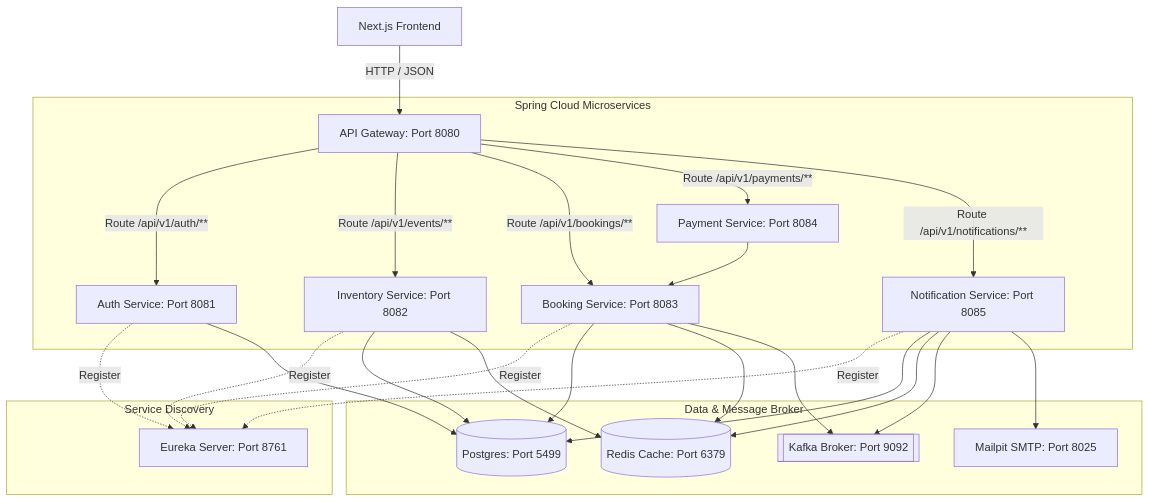
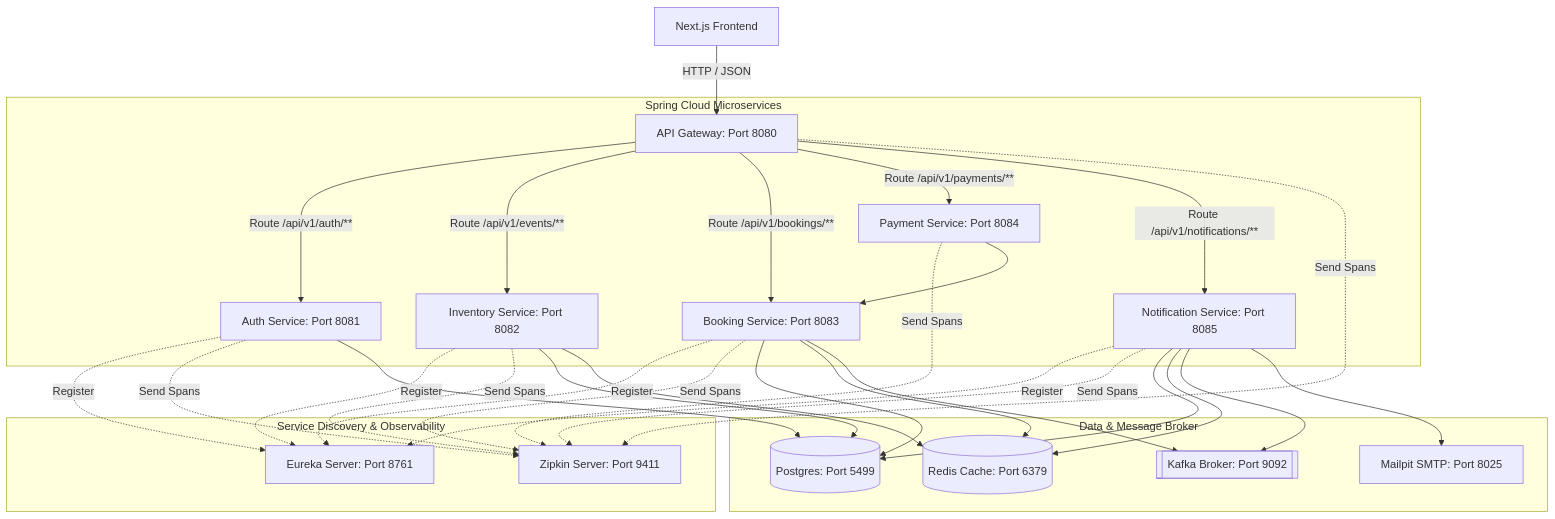
The first of 2 diagrams in README.md (ShvetGhareWork/Ticketizer), drawn with Mermaid before and after one commit. The commit also changed other lines of this file and 14 other files, not shown here.

First line of the commit message:
Integrate Zipkin tracing & enhance booking features

````diff
--- a/README.md
+++ b/README.md
@@ -41,30 +41,32 @@
 ```mermaid
 graph TD
     Client[Next.js Frontend] -->|HTTP / JSON| Gateway[API Gateway: Port 8080]
 
-    subgraph Service Discovery
+    subgraph Service Discovery & Observability
         Eureka[Eureka Server: Port 8761]
+        Zipkin[Zipkin Server: Port 9411]
     end
 
     subgraph Spring Cloud Microservices
         Gateway -->|Route /api/v1/auth/**| Auth[Auth Service: Port 8081]
         Gateway -->|Route /api/v1/events/**| Inventory[Inventory Service: Port 8082]
         Gateway -->|Route /api/v1/bookings/**| Booking[Booking Service: Port 8083]
         Gateway -->|Route /api/v1/payments/**| Payment[Payment Service: Port 8084]
         Gateway -->|Route /api/v1/notifications/**| Notification[Notification Service: Port 8085]
     end
 
     subgraph Data & Message Broker
         Postgres[(Postgres: Port 5499)]
         Redis[(Redis Cache: Port 6379)]
         Kafka[[Kafka Broker: Port 9092]]
         Mailpit[Mailpit SMTP: Port 8025]
     end
 
     Auth & Inventory & Booking & Notification -.->|Register| Eureka
+    Auth & Inventory & Booking & Payment & Notification & Gateway -.->|Send Spans| Zipkin
     Auth --> Postgres
     Inventory --> Postgres & Redis
     Booking --> Postgres & Redis & Kafka
     Payment --> Booking
     Notification --> Postgres & Redis & Kafka & Mailpit
 ```
````
